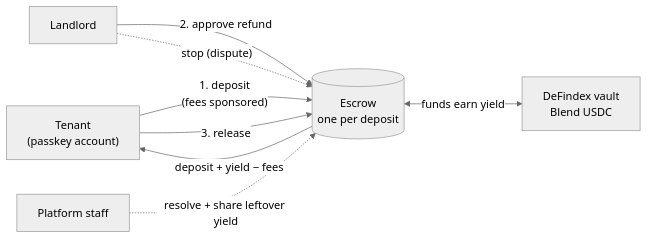
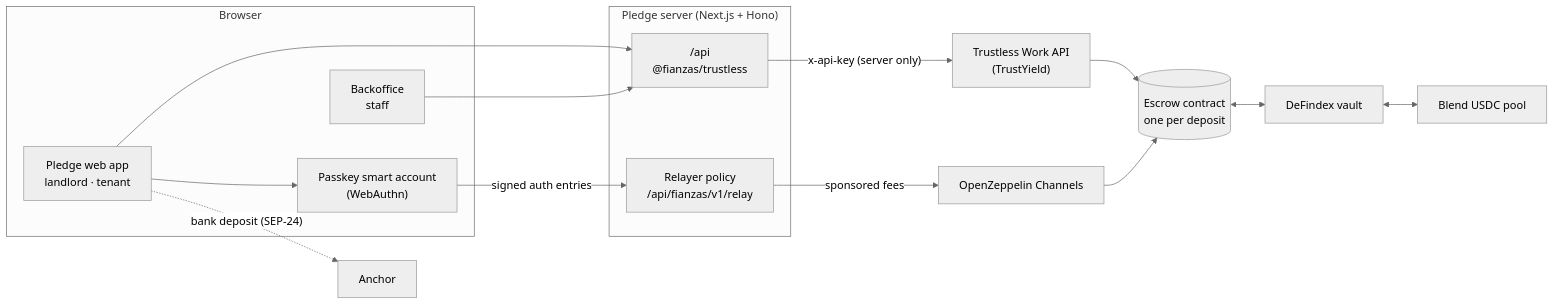
One commit to jzelada97/Pledge changed the diagram in README.md. Above: the diagram before and after it, drawn with Mermaid (neutral theme). The commit also changed other lines of this file and 7 other files, not shown here.

````diff
--- a/README.md
+++ b/README.md
@@ -31,10 +33,22 @@
 ```mermaid
 flowchart LR
-  T["Tenant<br/>(passkey account)"] -- "1. deposit<br/>(fees sponsored)" --> E[("Escrow<br/>one per deposit")]
-  E <-- "funds earn yield" --> V["DeFindex vault<br/>Blend USDC"]
-  L["Landlord"] -- "2. approve refund" --> E
-  T -- "3. release" --> E
-  E -- "deposit + yield − fees" --> T
-  L -. "stop (dispute)" .-> E
-  S["Platform staff"] -. "resolve + share leftover yield" .-> E
+  subgraph Browser
+    W["Pledge web app<br/>landlord · tenant"]
+    B["Backoffice<br/>staff"]
+    P["Passkey smart account<br/>(WebAuthn)"]
+  end
+  subgraph Server["Pledge server (Next.js + Hono)"]
+    A["/api<br/>@fianzas/trustless"]
+    R["Relayer policy<br/>/api/fianzas/v1/relay"]
+  end
+  W --> A
+  B --> A
+  W --> P
+  P -- "signed auth entries" --> R
+  R -- "sponsored fees" --> OZ["OpenZeppelin Channels"]
+  A -- "x-api-key (server only)" --> TW["Trustless Work API<br/>(TrustYield)"]
+  TW --> E[("Escrow contract<br/>one per deposit")]
+  OZ --> E
+  E <--> V["DeFindex vault"] <--> BL["Blend USDC pool"]
+  W -. "bank deposit (SEP-24)" .-> AN["Anchor"]
 ```
````
